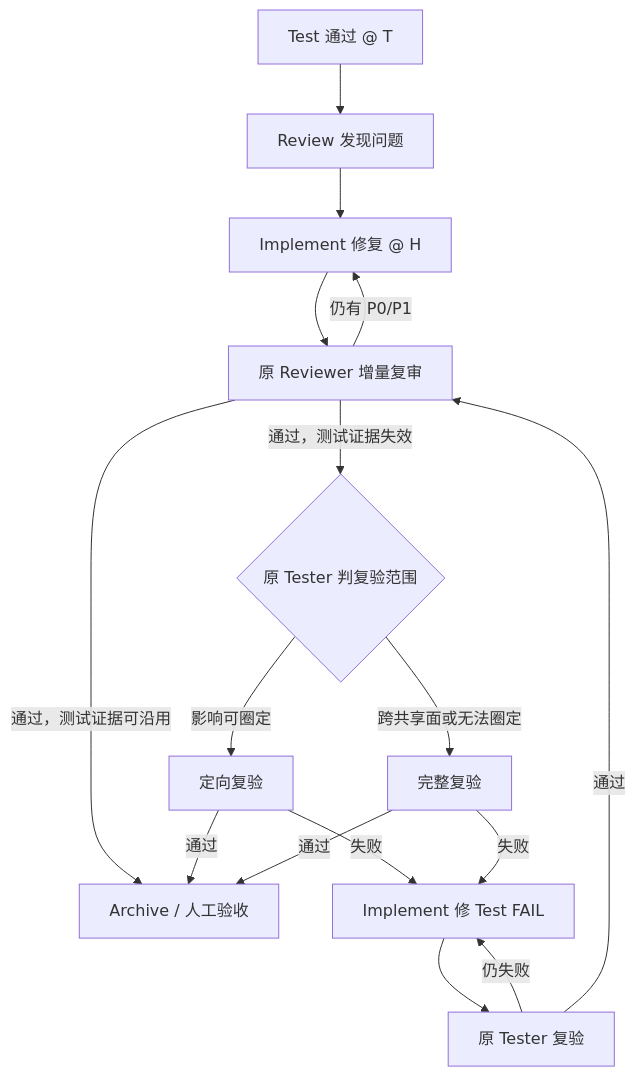
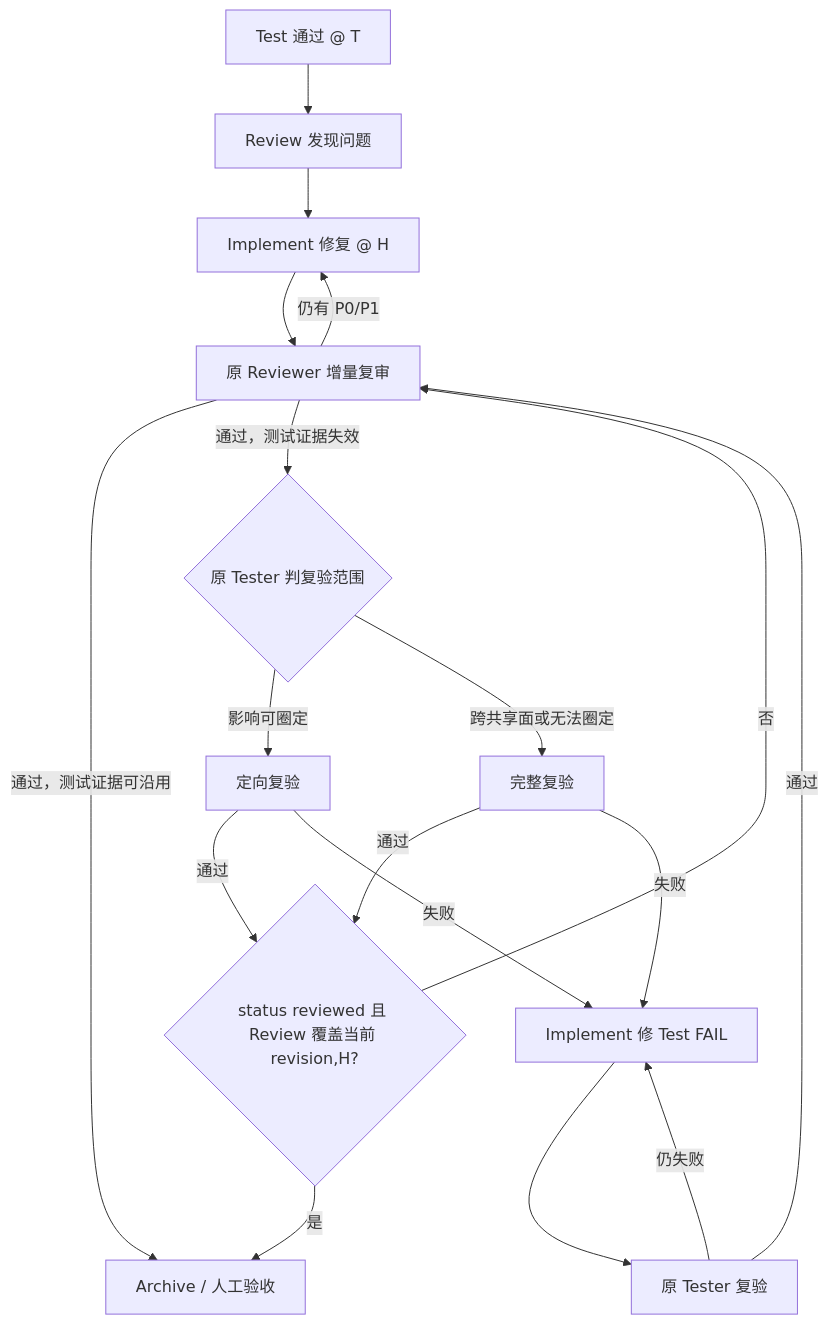
Before and after one commit to SimpleEve/eo-skills: the diagram in eo-doc/changes/12-review-fix-test-routing/change.md, drawn with Mermaid. The commit also changed other lines of this file and 9 other files, not shown here.

````diff
--- a/eo-doc/changes/12-review-fix-test-routing/change.md
+++ b/eo-doc/changes/12-review-fix-test-routing/change.md
@@ -60,18 +61,20 @@
 ```mermaid
 flowchart TD
     T[Test 通过 @ T] --> R[Review 发现问题]
     R --> I[Implement 修复 @ H]
     I --> RR[原 Reviewer 增量复审]
     RR -->|仍有 P0/P1| I
     RR -->|通过，测试证据可沿用| A[Archive / 人工验收]
     RR -->|通过，测试证据失效| RT{原 Tester 判复验范围}
     RT -->|影响可圈定| ST[定向复验]
     RT -->|跨共享面或无法圈定| FT[完整复验]
-    ST -->|通过| A
-    FT -->|通过| A
+    ST -->|通过| G{status reviewed 且 Review 覆盖当前 revision,H?}
+    FT -->|通过| G
+    G -->|是| A
+    G -->|否| RR
     ST -->|失败| IF[Implement 修 Test FAIL]
     FT -->|失败| IF
     IF --> RET[原 Tester 复验]
     RET -->|仍失败| IF
     RET -->|通过| RR
 ```
````
